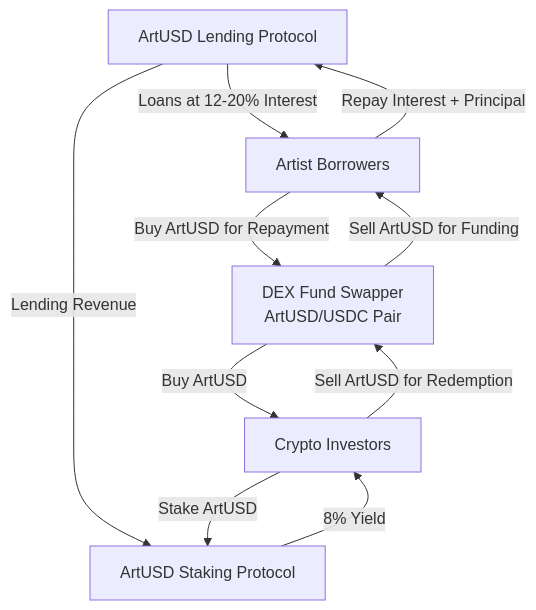
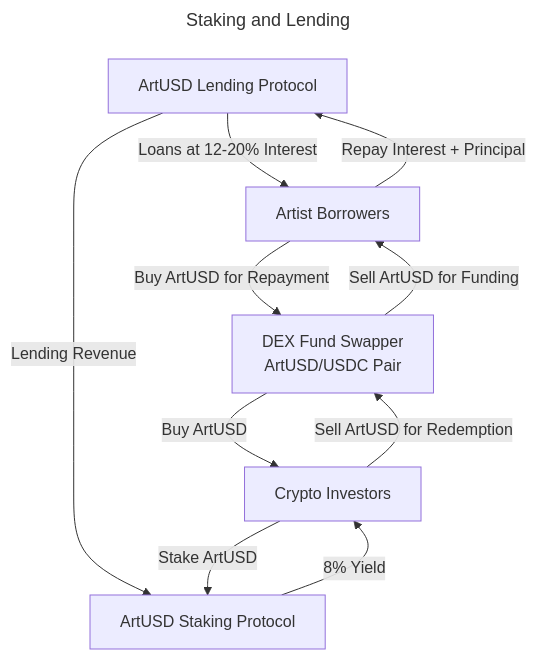
One commit to realmatterio/ArtUSD changed the second of 2 diagrams in ArtUSD Finance Protocol and Revenue Streams.md. Above: the diagram before and after it, drawn with Mermaid. The commit also changed other lines of this file, not shown here.

````diff
--- a/ArtUSD Finance Protocol and Revenue Streams.md
+++ b/ArtUSD Finance Protocol and Revenue Streams.md
@@ -69,12 +72,15 @@
 ```mermaid
+---
+title: Staking and Lending
+---
 graph TD
     A[ArtUSD Lending Protocol] -->|Loans at 12-20% Interest| B[Artist Borrowers]
     B -->|Repay Interest + Principal| A
     A -->|Lending Revenue| C[ArtUSD Staking Protocol]
     C -->|8% Yield| D[Crypto Investors]
     D -->|Stake ArtUSD| C
     E[DEX Fund Swapper<br>ArtUSD/USDC Pair] -->|Buy ArtUSD| D
     E -->|Sell ArtUSD for Funding| B
     B -->|Buy ArtUSD for Repayment| E
     D -->|Sell ArtUSD for Redemption| E
 ```
````
